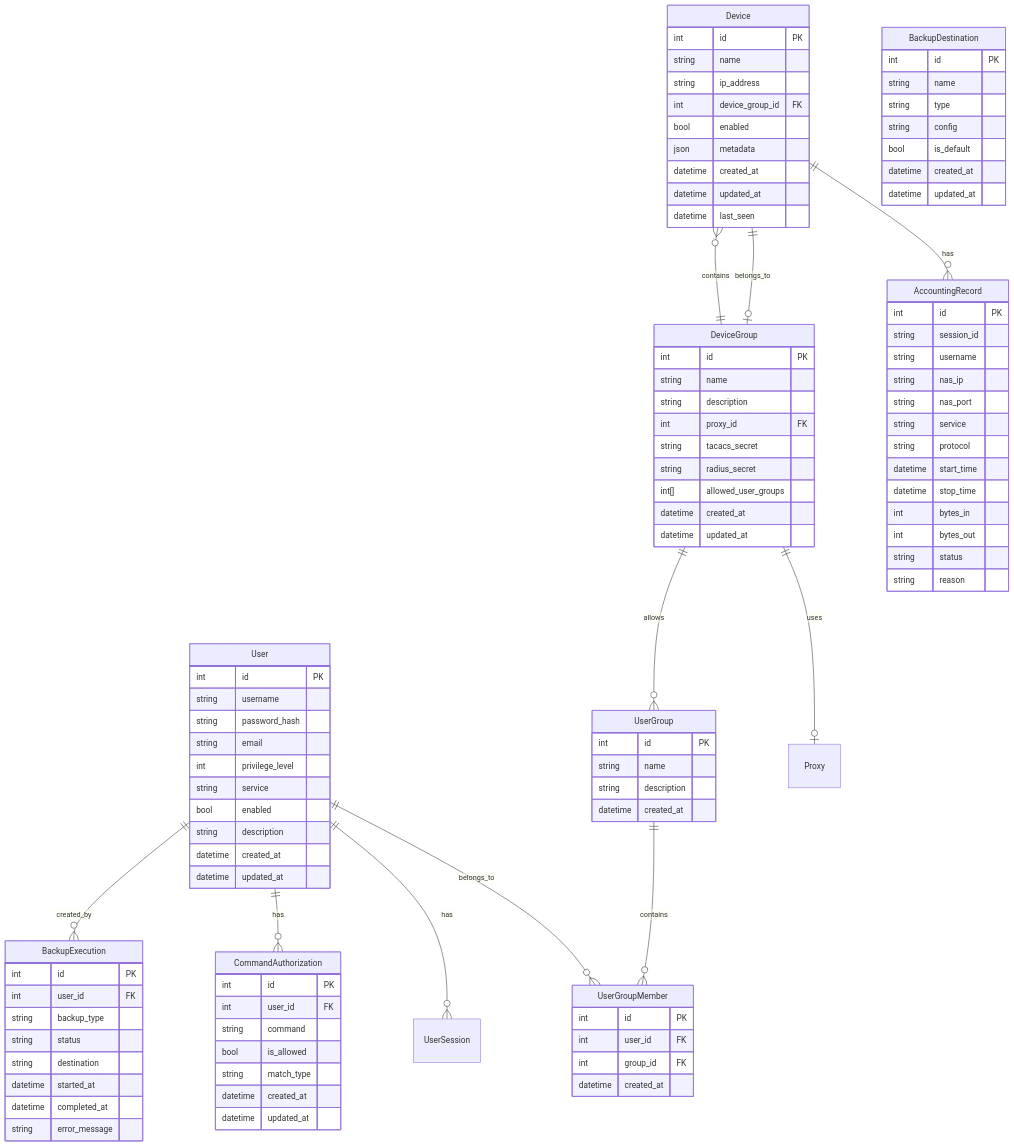
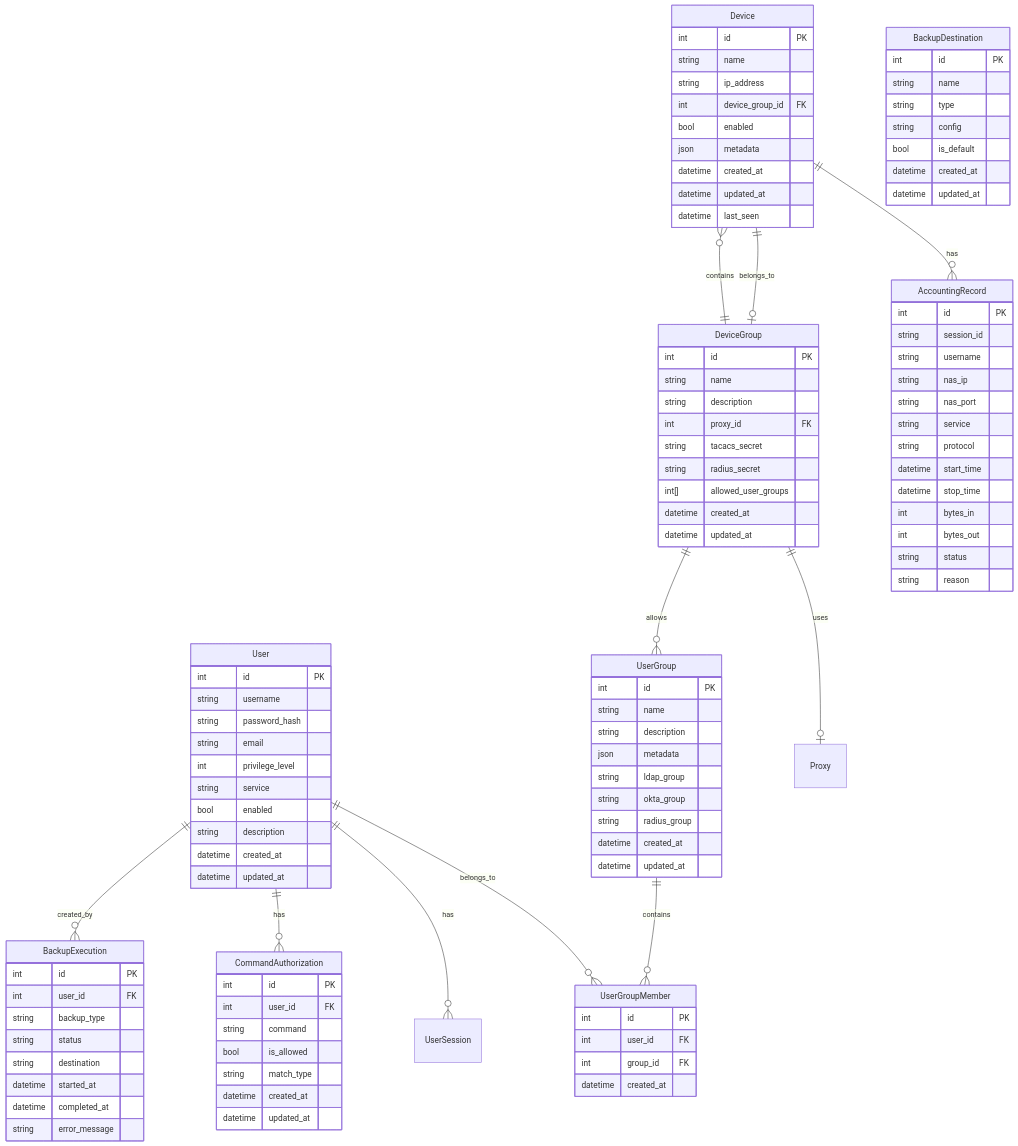
The diagram in docs/database_schema.md (SaschaSchwarzK/tacacs_server), drawn with Mermaid before and after one commit. The commit also changed other lines of this file and 14 other files, not shown here.

```diff
--- a/docs/database_schema.md
+++ b/docs/database_schema.md
@@ -31,7 +31,12 @@
         int id PK
         string name
         string description
+        json metadata
+        string ldap_group
+        string okta_group
+        string radius_group
         datetime created_at
+        datetime updated_at
     }
 
     UserGroupMember {
```
